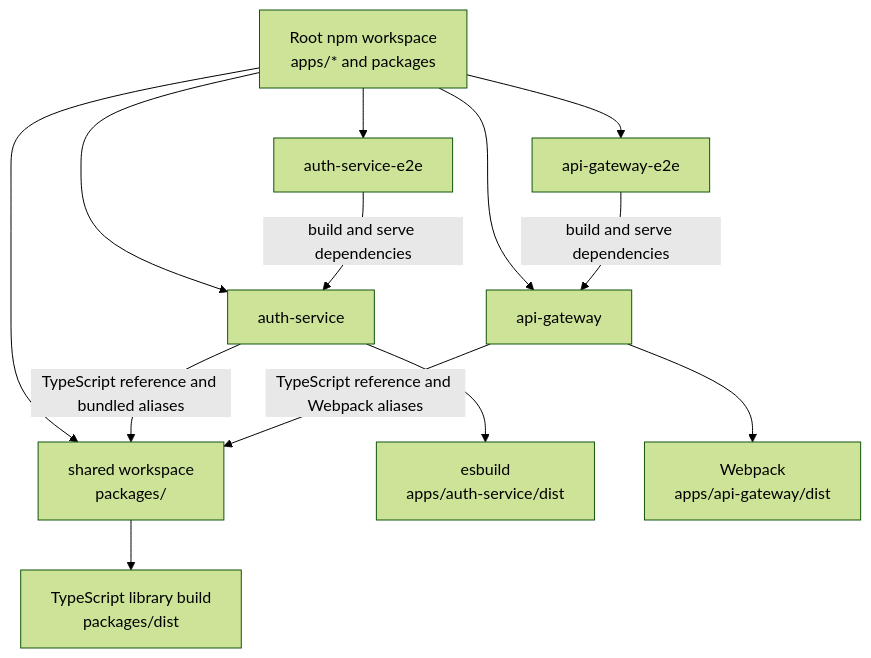
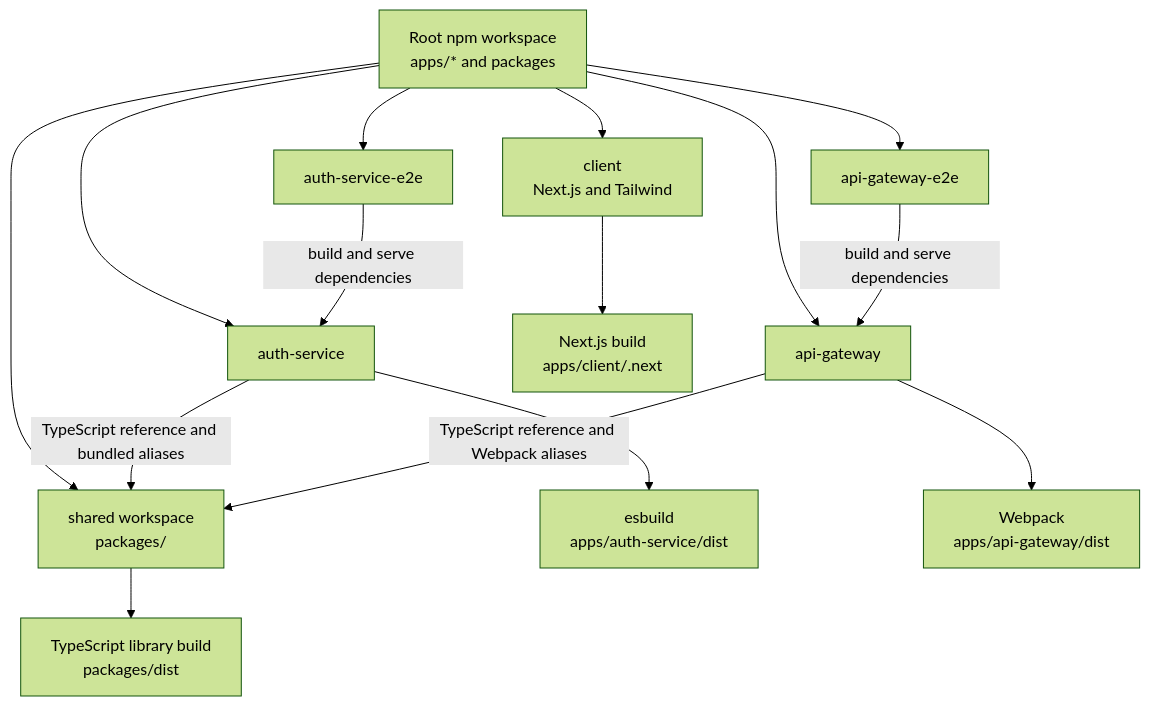
One commit to Kruskal892/Microservice-SaaS-E-commerce changed the diagram in docs/architecture/repository-structure.md. Above: the diagram before and after it, drawn with Mermaid (forest theme). The commit also changed other lines of this file and 48 other files, not shown here.

Commit message:
Feat: add Next.js scaffold with Tailwind v4 design tokens, client scripts, and update documentation

````diff
--- a/docs/architecture/repository-structure.md
+++ b/docs/architecture/repository-structure.md
@@ -67,15 +78,17 @@
 ```mermaid
 flowchart TD
     Root["Root npm workspace<br/>apps/* and packages"] --> Auth["auth-service"]
     Root --> Gateway["api-gateway"]
+    Root --> Client["client<br/>Next.js and Tailwind"]
+    Client --> Next["Next.js build<br/>apps/client/.next"]
     Root --> Shared["shared workspace<br/>packages/"]
     Root --> AuthE2E["auth-service-e2e"]
     Root --> GatewayE2E["api-gateway-e2e"]
     Auth -->|"TypeScript reference and bundled aliases"| Shared
     Gateway -->|"TypeScript reference and Webpack aliases"| Shared
     AuthE2E -->|"build and serve dependencies"| Auth
     GatewayE2E -->|"build and serve dependencies"| Gateway
     Auth --> Esbuild["esbuild<br/>apps/auth-service/dist"]
     Gateway --> Webpack["Webpack<br/>apps/api-gateway/dist"]
     Shared --> TSC["TypeScript library build<br/>packages/dist"]
 ```
````
